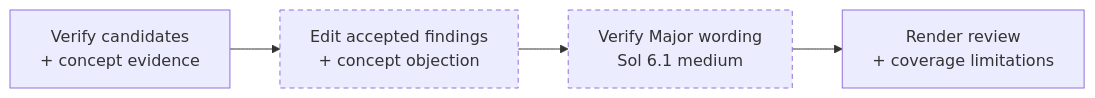
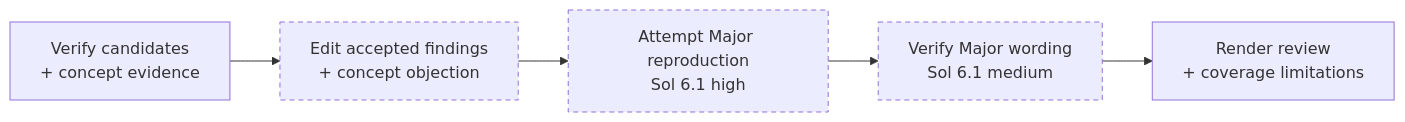
The fourth of 5 diagrams in pkgs/ralph/README.md (willcl-ark/nix), drawn with Mermaid before and after one commit. The commit also changed other lines of this file and 11 other files, not shown here.

First line of the commit message:
Investigate Major findings with a write-verifier

````diff
--- a/pkgs/ralph/README.md
+++ b/pkgs/ralph/README.md
@@ -304,8 +304,9 @@
 ```mermaid
 flowchart LR
     verify["Verify candidates<br/>+ concept evidence"] --> edit["Edit accepted findings<br/>+ concept objection"]
-    edit --> major["Verify Major wording<br/>Sol 6.1 medium"]
+    edit --> write["Attempt Major reproduction<br/>Sol 6.1 high"]
+    write --> major["Verify Major wording<br/>Sol 6.1 medium"]
     major --> render["Render review<br/>+ coverage limitations"]
     classDef optional stroke-dasharray: 5 4
-    class edit,major optional
+    class edit,write,major optional
 ```
````
